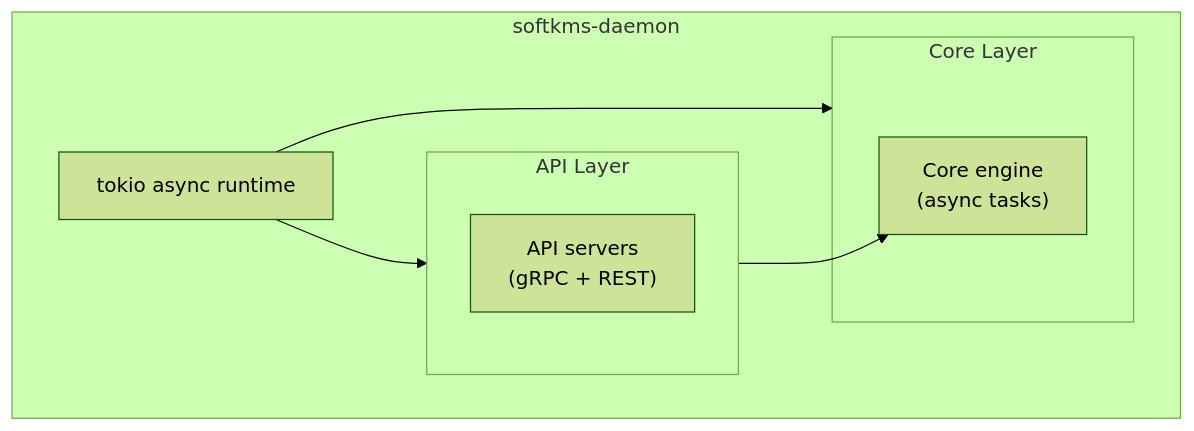
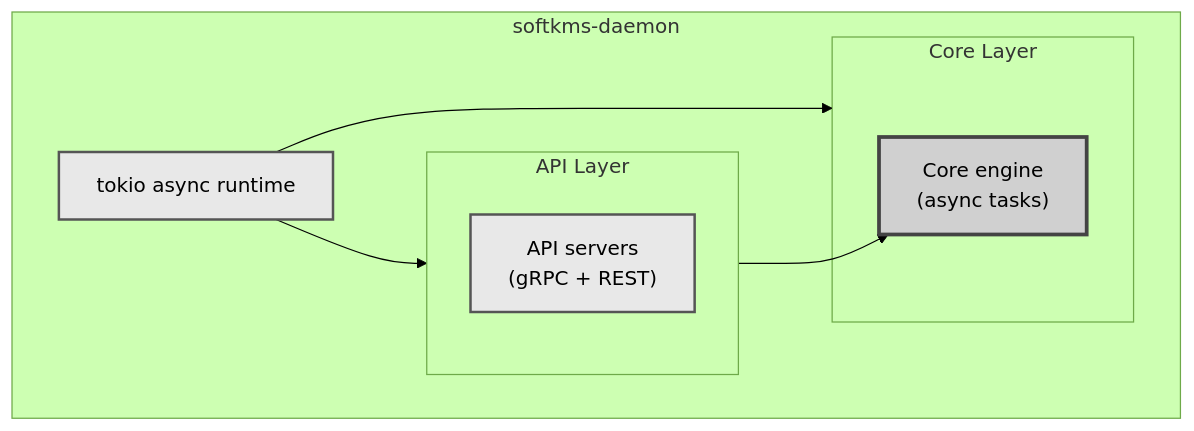
One commit to ehanoc/softKMS changed the second of 4 diagrams in docs/ARCHITECTURE.md. Above: the diagram before and after it, drawn with Mermaid (forest theme). The commit also changed other lines of this file and 3 other files, not shown here.

First line of the commit message:
docs: Standardize all Mermaid diagrams with muted grayscale colors

````diff
--- a/docs/ARCHITECTURE.md
+++ b/docs/ARCHITECTURE.md
@@ -274,16 +274,20 @@
 ```mermaid
 flowchart TB
     subgraph Daemon["softkms-daemon"]
         Runtime["tokio async runtime"]
         subgraph APIs["API Layer"]
             API["API servers\n(gRPC + REST)"]
         end
         subgraph Core["Core Layer"]
             Engine["Core engine\n(async tasks)"]
         end
     end
 
     Runtime --> APIs
     Runtime --> Core
     APIs --> Engine
+
+    style Runtime fill:#e8e8e8,stroke:#555,stroke-width:2px
+    style API fill:#e8e8e8,stroke:#555,stroke-width:2px
+    style Engine fill:#d0d0d0,stroke:#444,stroke-width:3px
 ```
````
